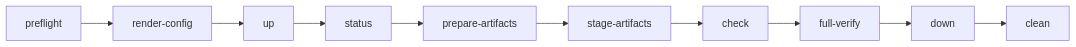
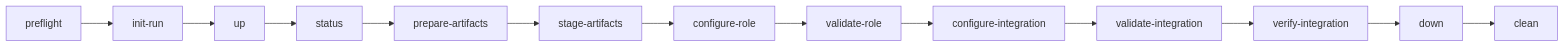
The diagram in README.md (NoNine/loopforge), drawn with Mermaid before and after one commit. The commit also changed other lines of this file and 32 other files, not shown here.

````diff
--- a/README.md
+++ b/README.md
@@ -56,15 +56,18 @@
 ```mermaid
 flowchart LR
   preflight[preflight]
-  render[render-config]
+  initRun[init-run]
   up[up]
   status[status]
   prepare[prepare-artifacts]
   stage[stage-artifacts]
-  check[check]
-  verify[full-verify]
+  configureRole[configure-role]
+  validateRole[validate-role]
+  configureIntegration[configure-integration]
+  validateIntegration[validate-integration]
+  verifyIntegration[verify-integration]
   down[down]
   clean[clean]
 
-  preflight --> render --> up --> status --> prepare --> stage --> check --> verify --> down --> clean
+  preflight --> initRun --> up --> status --> prepare --> stage --> configureRole --> validateRole --> configureIntegration --> validateIntegration --> verifyIntegration --> down --> clean
 ```
````
